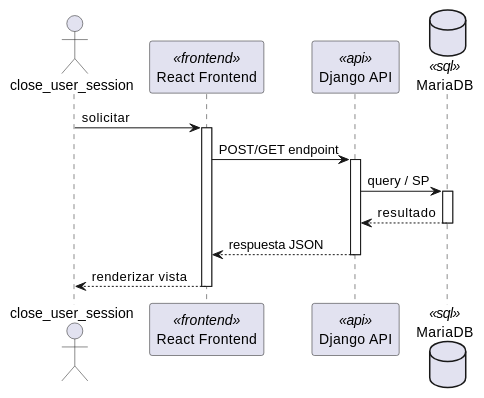
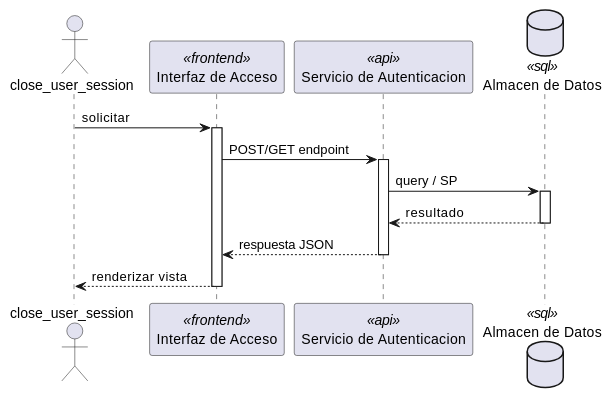
One commit to jcg-admin/IACT-docs changed the first of 2 diagrams in source/arquitectura-tecnica/DesignView/auth-02.rst. Above: the diagram before and after it, drawn with PlantUML. The commit also changed other lines of this file and 243 other files, not shown here.

First line of the commit message:
Add missing diagrams and fix participant names across Kruchten views

```diff
--- a/source/arquitectura-tecnica/DesignView/auth-02.rst
+++ b/source/arquitectura-tecnica/DesignView/auth-02.rst
@@ -22,28 +22,28 @@
 .. uml::
  :caption: UC_AUTH_02 — Design View (secuencia)
 
  @startuml
 
  actor "close_user_session" as close_user_session
- participant "React Frontend" as Frontend <<frontend>>
- participant "Django API" as APIServer <<api>>
- database "MariaDB" as BaseDatos <<sql>>
+ participant "Interfaz de Acceso" as Iface <<frontend>>
+ participant "Servicio de Autenticacion" as SvcNode <<api>>
+ database "Almacen de Datos" as Store <<sql>>
 
- close_user_session -> Frontend : solicitar
- activate Frontend
+ close_user_session -> Iface : solicitar
+ activate Iface
 
- Frontend -> APIServer : POST/GET endpoint
- activate APIServer
+ Iface -> SvcNode : POST/GET endpoint
+ activate SvcNode
 
- APIServer -> BaseDatos : query / SP
- activate BaseDatos
- BaseDatos --> APIServer : resultado
- deactivate BaseDatos
+ SvcNode -> Store : query / SP
+ activate Store
+ Store --> SvcNode : resultado
+ deactivate Store
 
- APIServer --> Frontend : respuesta JSON
- deactivate APIServer
+ SvcNode --> Iface : respuesta JSON
+ deactivate SvcNode
 
- Frontend --> close_user_session : renderizar vista
- deactivate Frontend
+ Iface --> close_user_session : renderizar vista
+ deactivate Iface
 
  @enduml
```
